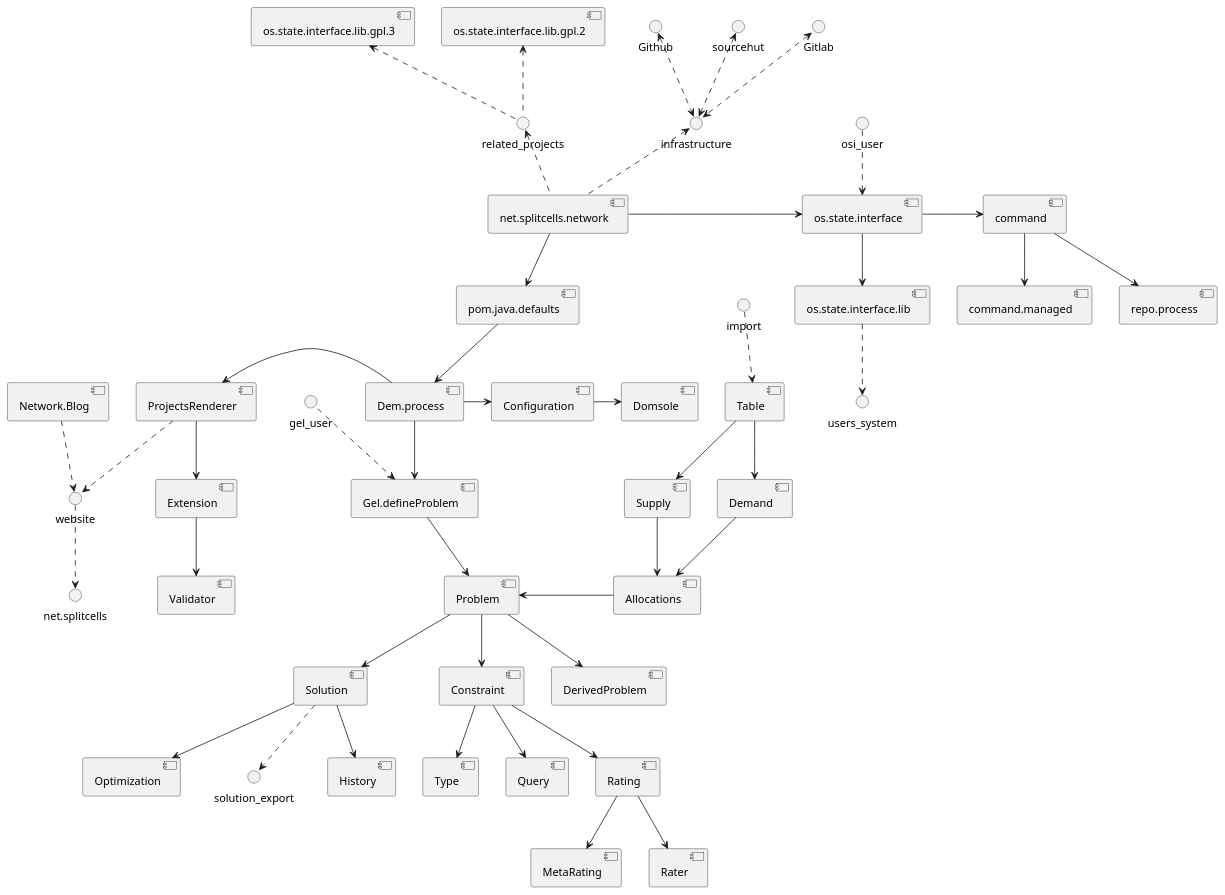
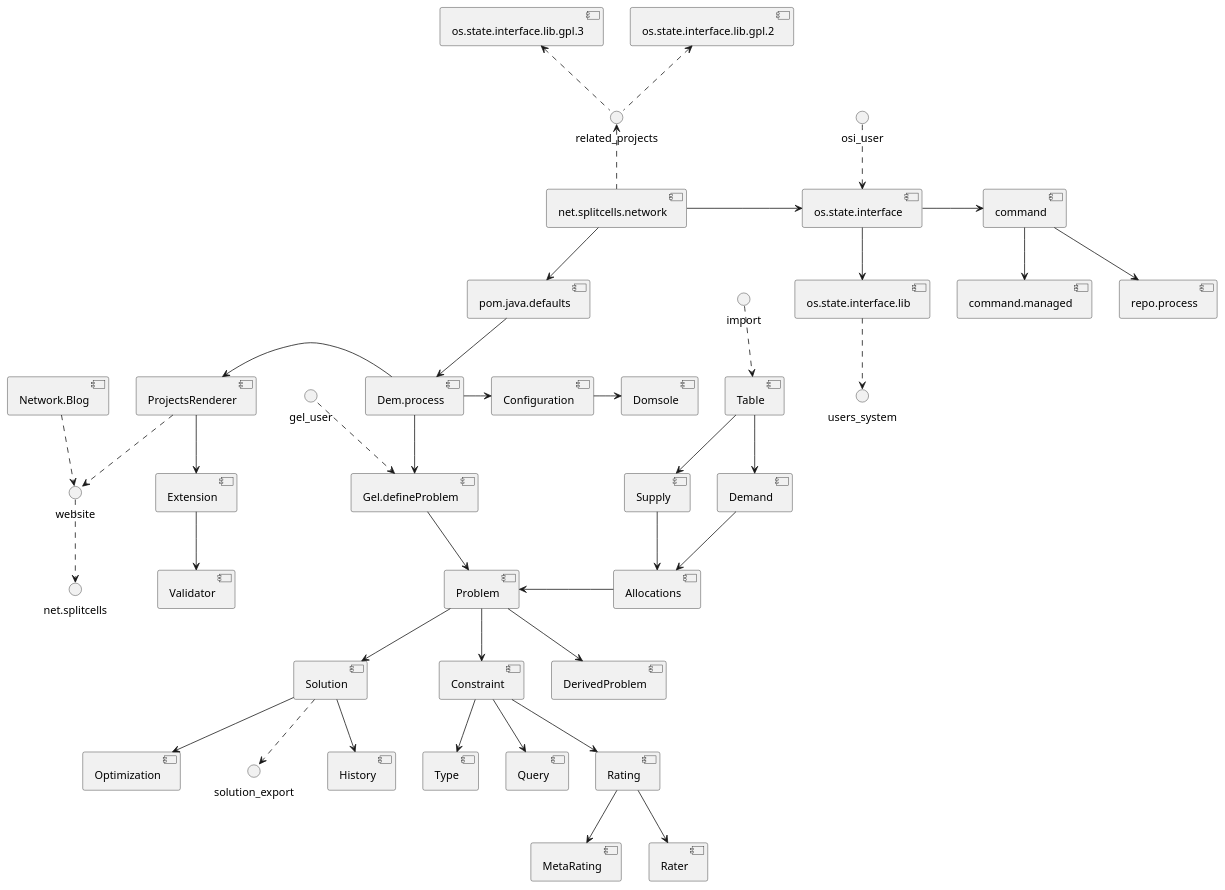
Before and after one commit to www-splitcells-net/net.splitcells.network: the first of 2 diagrams in src/main/md/net/splitcells/network/overview.md, drawn with PlantUML.

Commit message:
#77 Remove duplicate code.

````diff
--- a/src/main/md/net/splitcells/network/overview.md
+++ b/src/main/md/net/splitcells/network/overview.md
@@ -8,54 +8,50 @@
 ```puml
 @startuml
 
 [net.splitcells.network] .up.> related_projects
 related_projects .up.> [os.state.interface.lib.gpl.2]
 related_projects .up.> [os.state.interface.lib.gpl.3]
-[net.splitcells.network] .up.> infrastructure
-infrastructure <.up.> Github
-infrastructure <.up.> Gitlab
-infrastructure <.up.> sourcehut
 [net.splitcells.network] -down-> [pom.java.defaults]
 
 [pom.java.defaults] -down-> [Dem.process]
 [Dem.process] -right-> [Configuration]
 [Configuration] -right-> [Domsole]
 [Dem.process] -down-> [Gel.defineProblem]
 gel_user .down.> [Gel.defineProblem]
 [Gel.defineProblem] -down-> [Problem]
 [Problem] -down-> [Solution]
 [Solution] -down-> [Optimization]
 [Solution] .down.> solution_export
 [Solution] -down-> [History]
 
 import .down.> [Table]
 [Table] -down-> [Supply]
 [Table] -down-> [Demand]
 [Supply] -down-> [Allocations]
 [Demand] -down-> [Allocations]
 [Allocations] -left-> [Problem]
 [Problem] -down-> [Constraint]
 [Problem] -down-> [DerivedProblem]
 [Constraint] -down-> [Type]
 [Constraint] -down-> [Query]
 [Constraint] -down-> [Rating]
 [Rating] -down-> [MetaRating]
 [Rating] -down-> [Rater]
 
 [net.splitcells.network] -right-> [os.state.interface]
 osi_user .down.> [os.state.interface]
 [os.state.interface] -down-> [os.state.interface.lib]
 [os.state.interface] -right-> [command]
 [command] -down-> [repo.process]
 [command] -down-> [command.managed]
 [os.state.interface.lib] .down.> users_system
 
 [Dem.process] -left-> [ProjectsRenderer]
 [ProjectsRenderer] .down.> website
 [ProjectsRenderer] -down-> [Extension]
 [Extension] -down-> [Validator]
 [Network.Blog] .down.> website
 website .down.> net.splitcells
 
 @enduml
 ```
````
